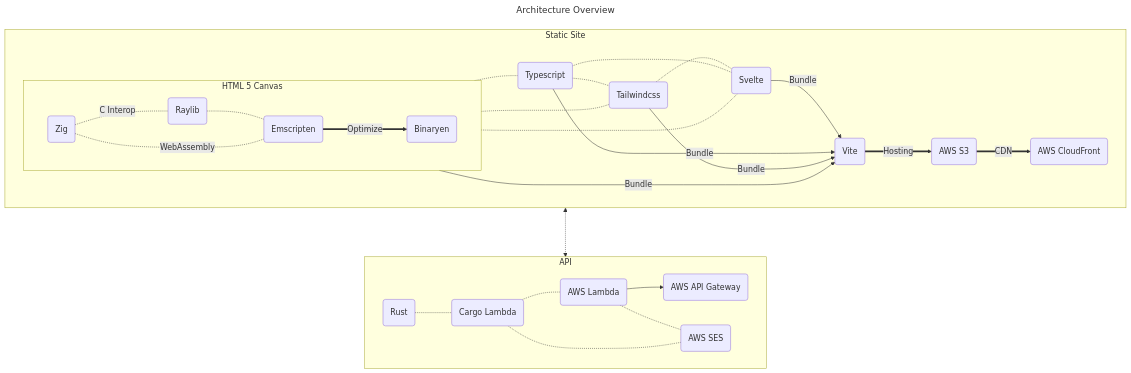
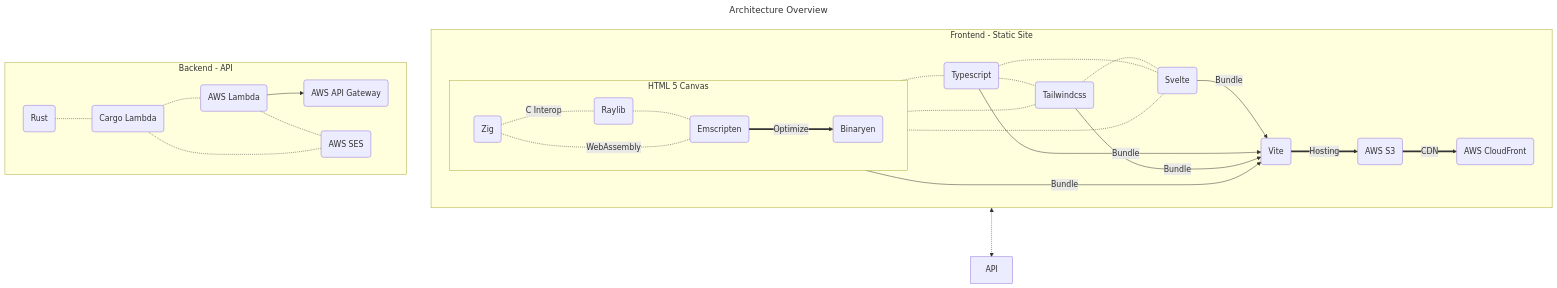
The first of 2 diagrams in README.md (dylanlangston/dylanlangston.com), drawn with Mermaid before and after one commit.

Commit message:
Test Docker Caching #101

````diff
--- a/README.md
+++ b/README.md
@@ -7,45 +7,45 @@
 ```mermaid
 ---
 title: Architecture Overview
 ---
 flowchart TB
-    subgraph "Static Site"
+    subgraph "Frontend - Static Site"
         direction LR
         S1("Svelte")
         S2("Typescript")
         S3("Tailwindcss")
         S4("Vite")
         S5("AWS S3")
         S6("AWS CloudFront")
 
         subgraph "HTML 5 Canvas"
             direction LR
             A1("Zig")
             A2("Raylib")
             A3(Emscripten)
             A4("Binaryen")
             A1 -.C Interop.- A2 -.- A3
             A1 -.WebAssembly.- A3
             A3 ==Optimize==> A4
         end
 
         S3 -.- S1 -.- S2 -.- S3 -.- subGraph0 -.- S2
         S1 -.- subGraph0
         S1 & S2 & S3 & subGraph0 --Bundle--> S4 ==Hosting==> S5 ==CDN==> S6
     end
 
-    subgraph "API"
+    subgraph "Backend - API"
         direction LR
         I1("Rust")
         I2("Cargo Lambda")
         I3("AWS Lambda")
         I4("AWS API Gateway")
         I5("AWS SES")
 
         I1 -.- I2 -.- I3 --> I4
         I3 -.- I5 -.- I2
     end
 
 	subGraph1 <-..-> API
 	
 ```
````
